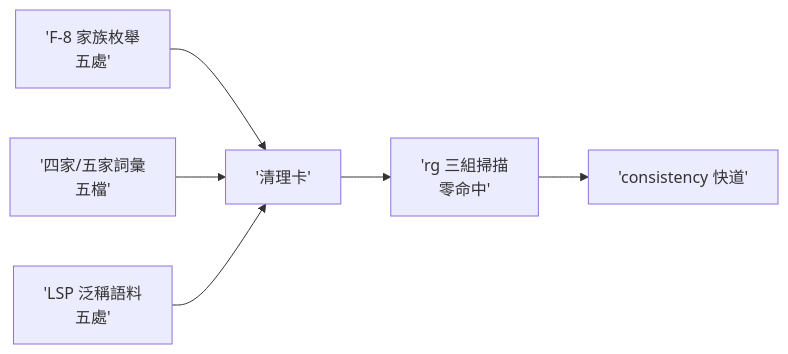
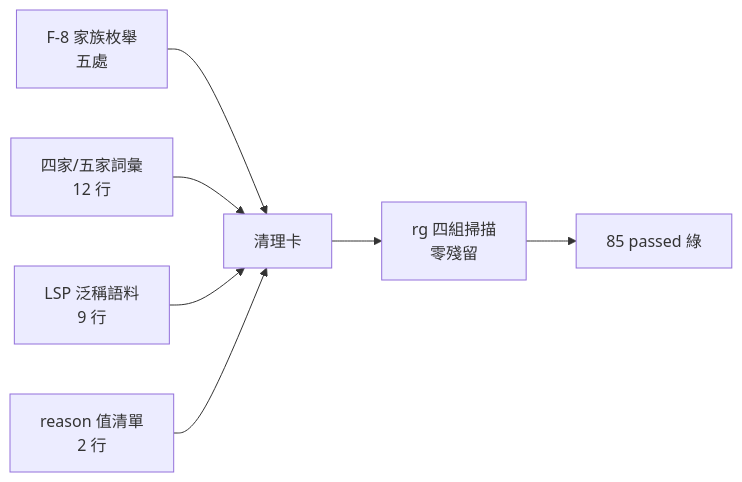
One commit to ChiahungTai/ai-guide changed the first of 2 diagrams in backlog/tasks/air-229 - 值星清理批次——家族枚舉＋詞彙＋LSP-泛稱語料-drift-掃清.md. Above: the diagram before and after it, drawn with Mermaid. The commit also changed other lines of this file, not shown here.

Commit message:
chore(backlog): AIR-229 結案 Done——四組清理落地＋AC 五勾＋as-built 終態圖＋範圍外觀察兩項遞交（model-routing:269 解析政策面＋execution-plan workspaceSymbol）

````diff
--- a/backlog/tasks/air-229 - 值星清理批次——家族枚舉＋詞彙＋LSP-泛稱語料-drift-掃清.md
+++ b/backlog/tasks/air-229 - 值星清理批次——家族枚舉＋詞彙＋LSP-泛稱語料-drift-掃清.md
@@ -18,7 +18,8 @@
 ```mermaid
 flowchart LR
-    A['F-8 家族枚舉<br/>五處'] --> C['清理卡']
-    B['四家/五家詞彙<br/>五檔'] --> C
-    D['LSP 泛稱語料<br/>五處'] --> C
-    C --> V['rg 三組掃描<br/>零命中'] --> DONE['consistency 快道']
+    A["F-8 家族枚舉<br/>五處"] --> C["清理卡"]
+    B["四家/五家詞彙<br/>12 行"] --> C
+    D["LSP 泛稱語料<br/>9 行"] --> C
+    E["reason 值清單<br/>2 行"] --> C
+    C --> V["rg 四組掃描<br/>零殘留"] --> DONE["85 passed 綠"]
 ```
````
